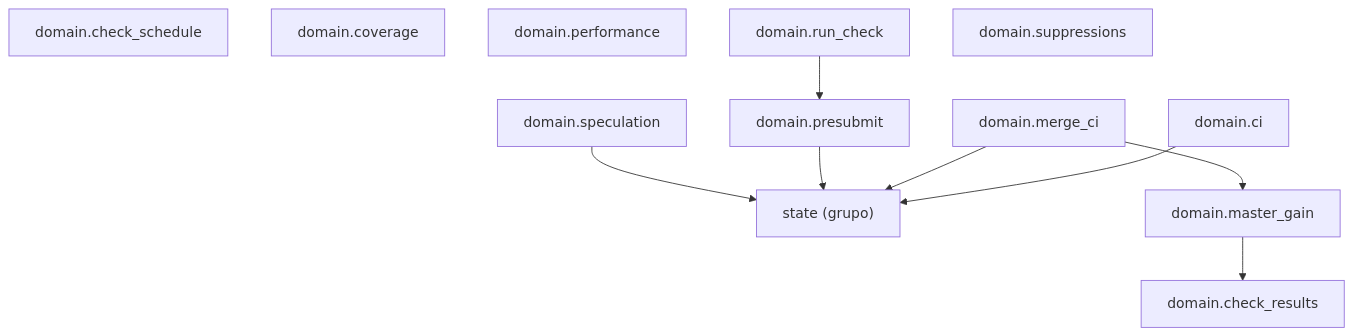
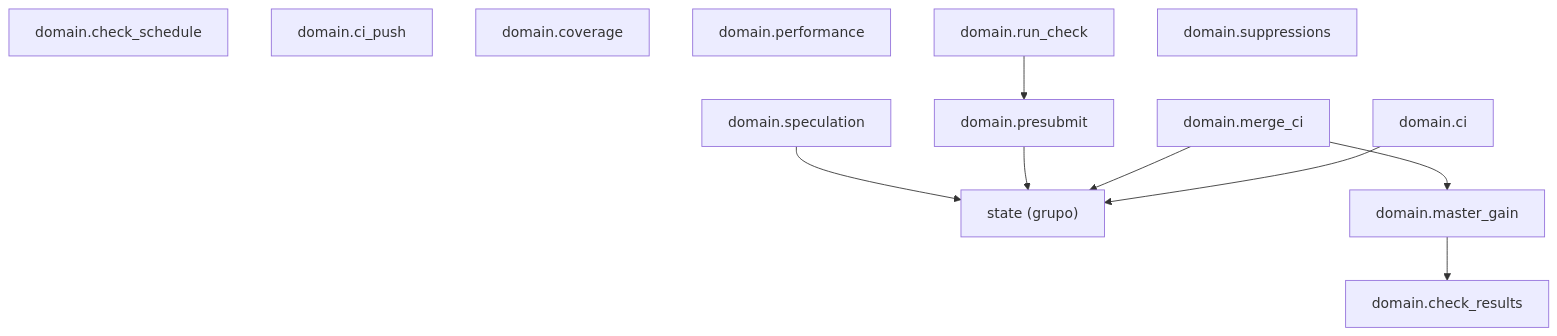
Before and after one commit to GonzaloZevallos/agentic-system: the diagram in docs/architecture/generated/packages-process-domain-checks.md, drawn with Mermaid. The commit also changed 19 other files, not shown here.

````diff
--- a/docs/architecture/generated/packages-process-domain-checks.md
+++ b/docs/architecture/generated/packages-process-domain-checks.md
@@ -11,22 +11,23 @@
 ```mermaid
 graph TD
     g_domain__state["state (grupo)"]
     m_domain__check_results["domain.check_results"]
     m_domain__check_schedule["domain.check_schedule"]
     m_domain__ci["domain.ci"]
+    m_domain__ci_push["domain.ci_push"]
     m_domain__coverage["domain.coverage"]
     m_domain__master_gain["domain.master_gain"]
     m_domain__merge_ci["domain.merge_ci"]
     m_domain__performance["domain.performance"]
     m_domain__presubmit["domain.presubmit"]
     m_domain__run_check["domain.run_check"]
     m_domain__speculation["domain.speculation"]
     m_domain__suppressions["domain.suppressions"]
     m_domain__ci --> g_domain__state
     m_domain__master_gain --> m_domain__check_results
     m_domain__merge_ci --> g_domain__state
     m_domain__merge_ci --> m_domain__master_gain
     m_domain__presubmit --> g_domain__state
     m_domain__run_check --> m_domain__presubmit
     m_domain__speculation --> g_domain__state
 ```
````
